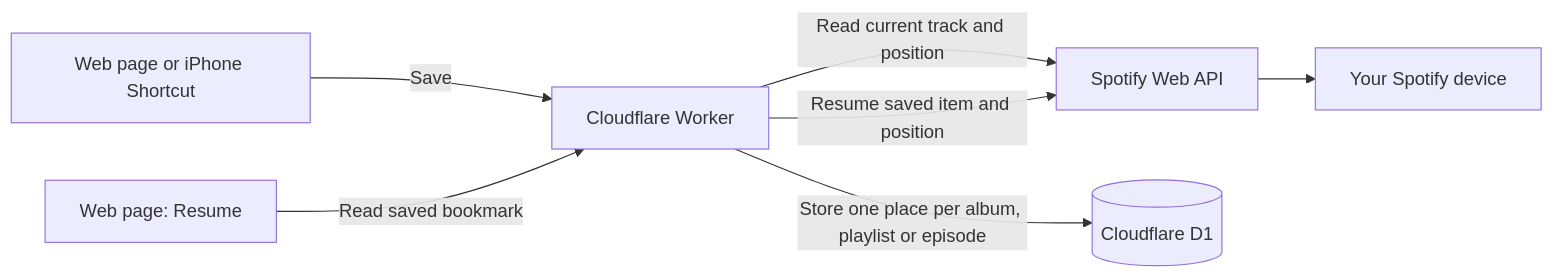
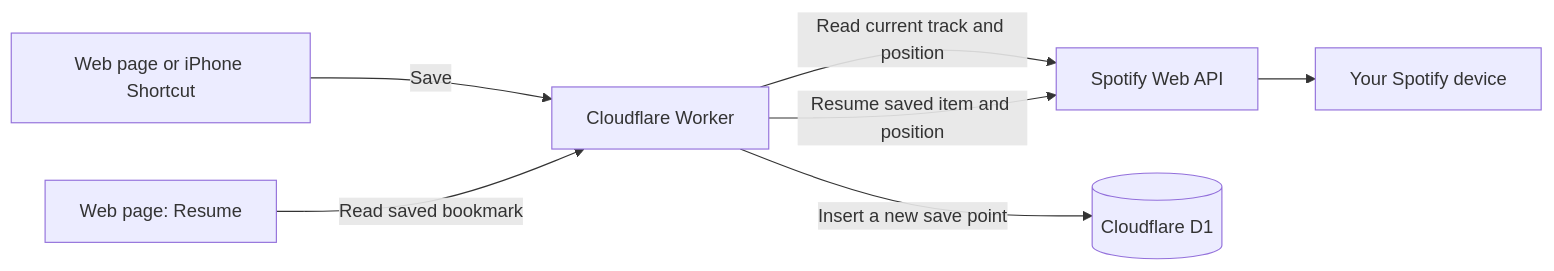
One commit to jtdelosh-ops/spotify-album-bookmarks changed the diagram in README.md. Above: the diagram before and after it, drawn with Mermaid. The commit also changed other lines of this file and 14 other files, not shown here.

````diff
--- a/README.md
+++ b/README.md
@@ -23,9 +23,9 @@
 ```mermaid
 flowchart LR
     A[Web page or iPhone Shortcut] -->|Save| B[Cloudflare Worker]
     B -->|Read current track and position| C[Spotify Web API]
-    B -->|Store one place per album, playlist or episode| D[(Cloudflare D1)]
+    B -->|Insert a new save point| D[(Cloudflare D1)]
     E[Web page: Resume] -->|Read saved bookmark| B
     B -->|Resume saved item and position| C
     C --> F[Your Spotify device]
 ```
````
